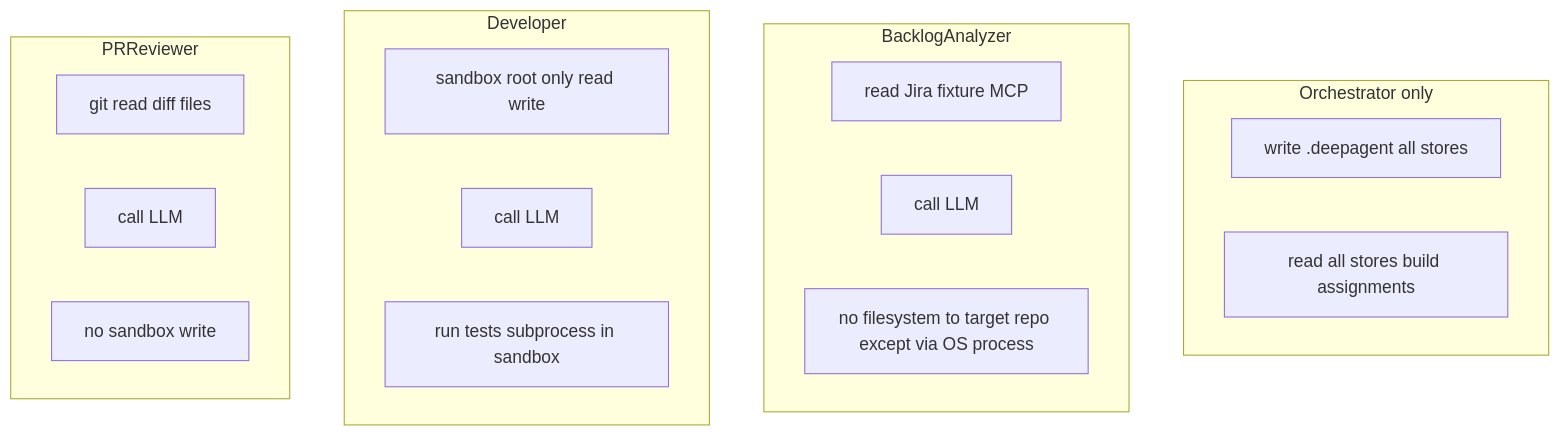
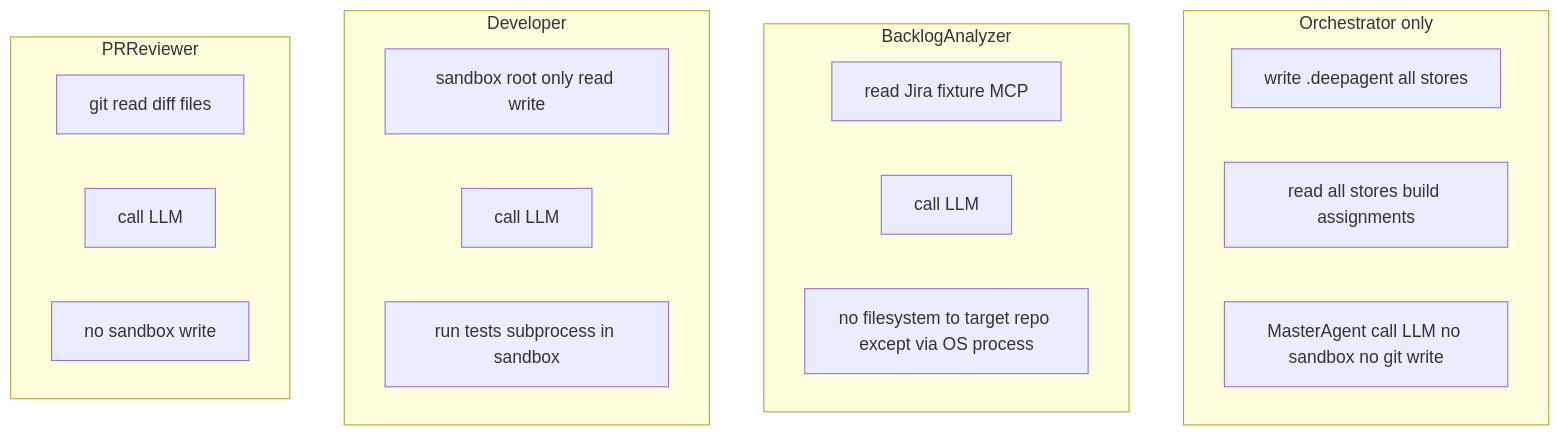
One commit to madeehrehman/software_engineering_agent changed the sixth of 6 diagrams in system-design.md. Above: the diagram before and after it, drawn with Mermaid. The commit also changed other lines of this file and 12 other files, not shown here.

First line of the commit message:
feat(orchestrator): introduce MasterAgent for enhanced planning and gate evaluation

````diff
--- a/system-design.md
+++ b/system-design.md
@@ -257,25 +295,26 @@
 ```mermaid
 flowchart TB
   subgraph Orchestrator_only["Orchestrator only"]
     W["write .deepagent all stores"]
     R["read all stores build assignments"]
+    MA2["MasterAgent call LLM no sandbox no git write"]
   end
 
   subgraph BA["BacklogAnalyzer"]
     B1["read Jira fixture MCP"]
     B2["call LLM"]
     B3["no filesystem to target repo except via OS process"]
   end
 
   subgraph DV["Developer"]
     D1["sandbox root only read write"]
     D2["call LLM"]
     D3["run tests subprocess in sandbox"]
   end
 
   subgraph PRr["PRReviewer"]
     P1["git read diff files"]
     P2["call LLM"]
     P3["no sandbox write"]
   end
 ```
````
